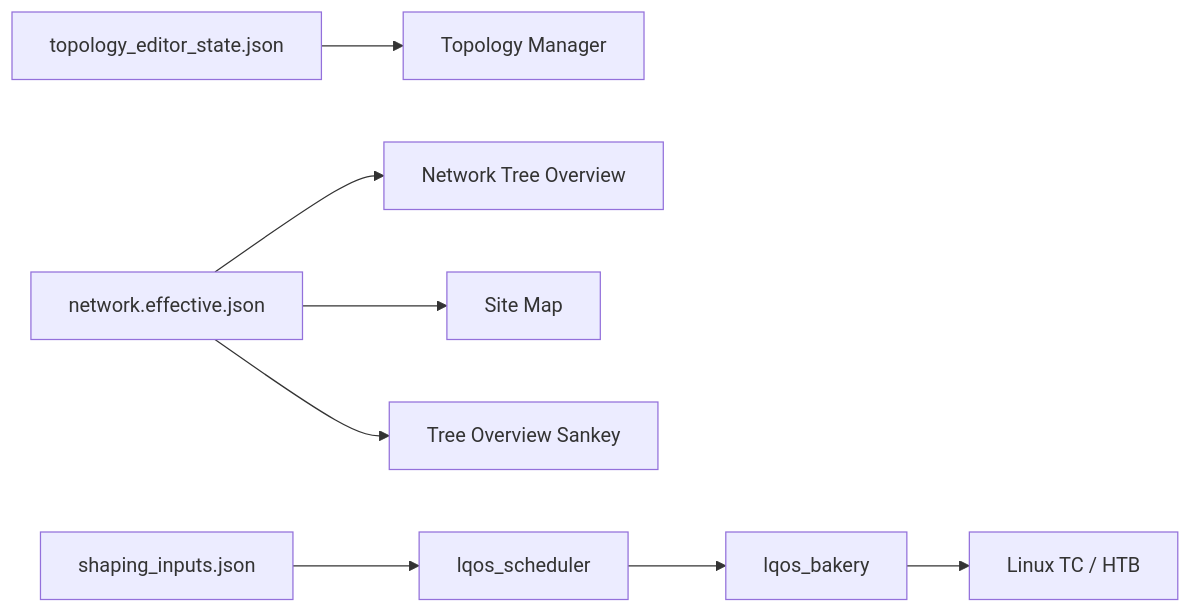
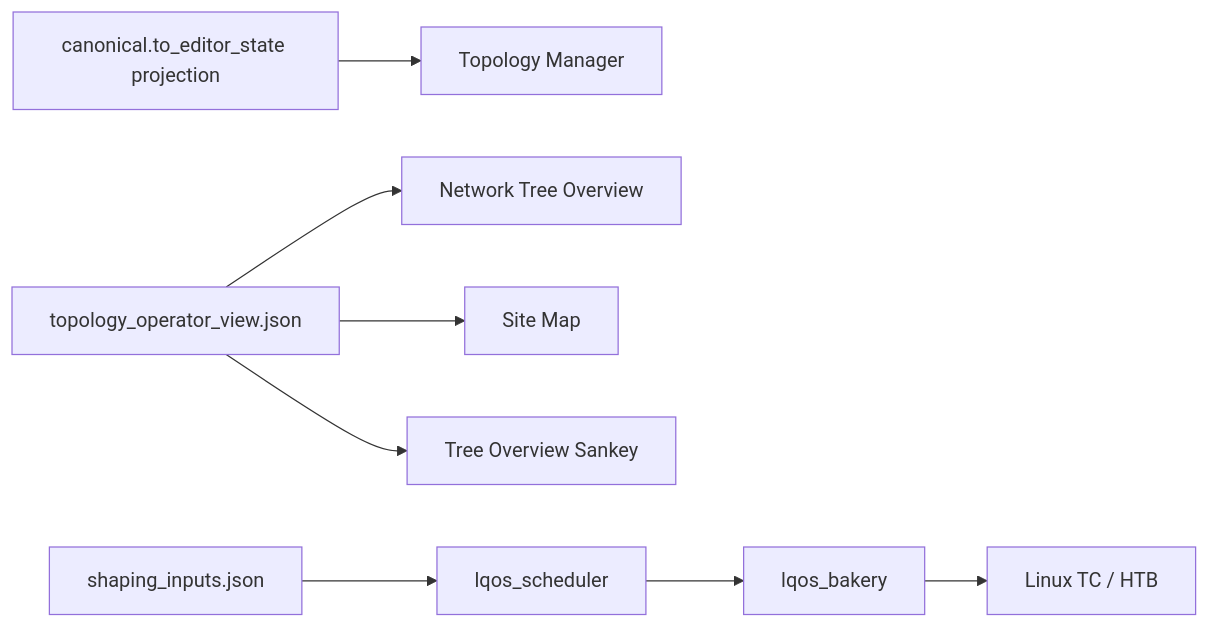
One commit to LibreQoE/LibreQoS changed the fourth of 5 diagrams in docs/v2.0/topology-data-flow.md. Above: the diagram before and after it, drawn with Mermaid. The commit also changed other lines of this file and 738 other files, not shown here.

````diff
--- a/docs/v2.0/topology-data-flow.md
+++ b/docs/v2.0/topology-data-flow.md
@@ -159,10 +160,10 @@
 ```{mermaid}
 flowchart LR
-    A[topology_editor_state.json] --> B[Topology Manager]
-    C[network.effective.json] --> D[Network Tree Overview]
+    A[canonical.to_editor_state projection] --> B[Topology Manager]
+    C[topology_operator_view.json] --> D[Network Tree Overview]
     C --> E[Site Map]
     C --> F[Tree Overview Sankey]
     G[shaping_inputs.json] --> H[lqos_scheduler]
     H --> I[lqos_bakery]
     I --> J[Linux TC / HTB]
 ```
````
